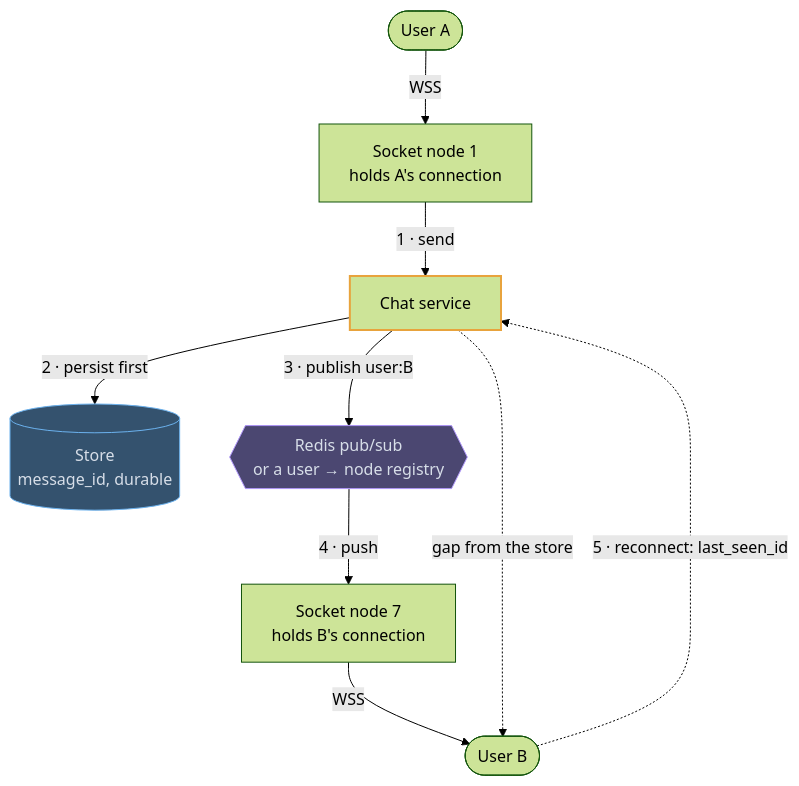
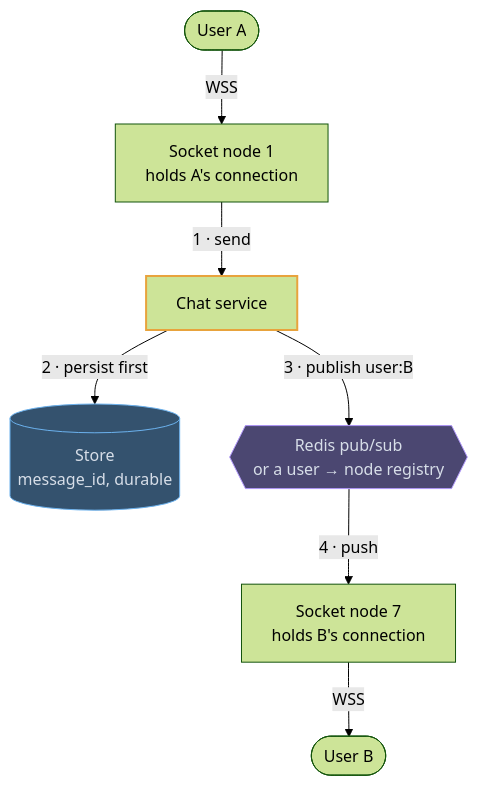
One commit to mertkahyaoglu/atlas changed the first of 3 diagrams in content/tech/13-websockets.md. Above: the diagram before and after it, drawn with Mermaid (forest theme). The commit also changed other lines of this file and 18 other files, not shown here.

First line of the commit message:
Rebuild the technology pages as use cases with diagrams

````diff
--- a/content/tech/13-websockets.md
+++ b/content/tech/13-websockets.md
@@ -82,18 +43,16 @@
 ```mermaid
 flowchart TB
     A([User A]) -- "WSS" --> GW1["Socket node 1<br/>holds A's connection"]
     GW1 -- "1 · send" --> API["Chat service"]
     API -- "2 · persist first" --> DB[("Store<br/>message_id, durable")]
     API -- "3 · publish user:B" --> Redis{{"Redis pub/sub<br/>or a user → node registry"}}
     Redis -- "4 · push" --> GW2["Socket node 7<br/>holds B's connection"]
     GW2 -- "WSS" --> B([User B])
-    B -. "5 · reconnect: last_seen_id" .-> API
-    API -. "gap from the store" .-> B
 
     classDef db fill:#34526e,stroke:#6cb2ee,color:#d7dee8
     classDef queue fill:#4b4771,stroke:#ad94f7,color:#d7dee8
     classDef hot stroke:#e8a33d,stroke-width:2px
     class DB db
     class Redis queue
     class API hot
 ```
````
